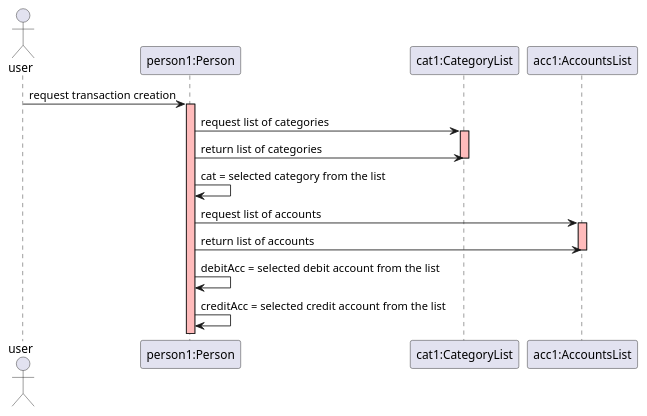
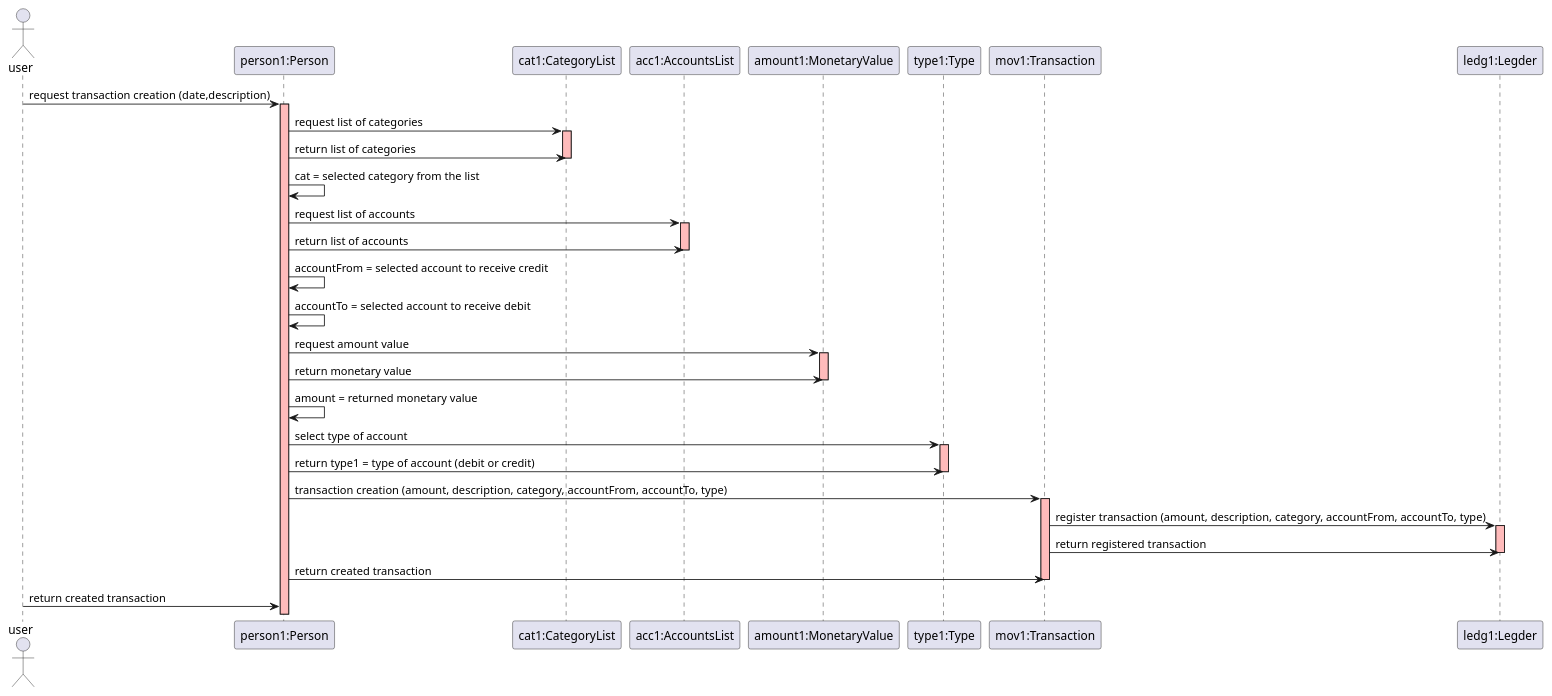
Before and after one commit to mleitaoribeiro/DevOpsMaven: the diagram in docs/SequenceDiagram - UserStory8.puml, drawn with PlantUML.

Commit message:
fixes #231 - Sequence Diagram - User Story 8: Create Transaction by User

```diff
--- a/docs/SequenceDiagram - UserStory8.puml
+++ b/docs/SequenceDiagram - UserStory8.puml
@@ -1,25 +1,70 @@
 @startuml
 actor user
 
-user -> "person1:Person" : request transaction creation
+'-----interaction User-Person:-------'
+user -> "person1:Person" : request transaction creation (date,description)
 activate "person1:Person" #FFBBBB
 
+'-----interaction Person-CategoryList:-------'
 "person1:Person" -> "cat1:CategoryList" : request list of categories
 activate "cat1:CategoryList"  #FFBBBB
 
 "cat1:CategoryList" <- "person1:Person" : return list of categories
 deactivate "cat1:CategoryList"  #FFBBBB
 
 "person1:Person" -> "person1:Person" : cat = selected category from the list
 
+'-----interaction Person-AccountsList:-------'
+
 "person1:Person" -> "acc1:AccountsList" : request list of accounts
 activate "acc1:AccountsList"  #FFBBBB
 
 "acc1:AccountsList" <- "person1:Person" : return list of accounts
 deactivate "acc1:AccountsList"  #FFBBBB
 
-"person1:Person" -> "person1:Person" : debitAcc = selected debit account from the list
+"person1:Person" -> "person1:Person" : accountFrom = selected account to receive credit
 
-"person1:Person" -> "person1:Person" : creditAcc = selected credit account from the list
+"person1:Person" -> "person1:Person" : accountTo = selected account to receive debit
+
+'-----interaction Person-MonetaryValue:-------'
+
+"person1:Person" -> "amount1:MonetaryValue" : request amount value
+activate "amount1:MonetaryValue"  #FFBBBB
+
+"amount1:MonetaryValue" <- "person1:Person" : return monetary value
+deactivate "amount1:MonetaryValue"  #FFBBBB
+
+"person1:Person" -> "person1:Person" : amount = returned monetary value
+
+'-----interaction Person-Type (credit or debit account)-------'
+
+"person1:Person" -> "type1:Type" : select type of account
+activate "type1:Type"  #FFBBBB
+
+"type1:Type" <- "person1:Person" : return type1 = type of account (debit or credit)
+deactivate "type1:Type"  #FFBBBB
+
+'-----interaction Person-Transaction-------'
+
+"person1:Person" -> "mov1:Transaction" : transaction creation (amount, description, category, accountFrom, accountTo, type)
+activate "mov1:Transaction"  #FFBBBB
+
+'-----interaction Transaction-Ledger-------'
+
+"mov1:Transaction" -> "ledg1:Legder" : register transaction (amount, description, category, accountFrom, accountTo, type)
+activate "ledg1:Legder"  #FFBBBB
+
+"ledg1:Legder" <- "mov1:Transaction" : return registered transaction
+deactivate "ledg1:Legder"  #FFBBBB
+
+'-----interaction Transaction-Person-------'
+
+"mov1:Transaction" <- "person1:Person" : return created transaction
+deactivate "mov1:Transaction"  #FFBBBB
+
+'-----interaction Person-User-------'
+
+"person1:Person" <- user : return created transaction
+deactivate "mov1:Transaction"  #FFBBBB
 
 @enduml
```
